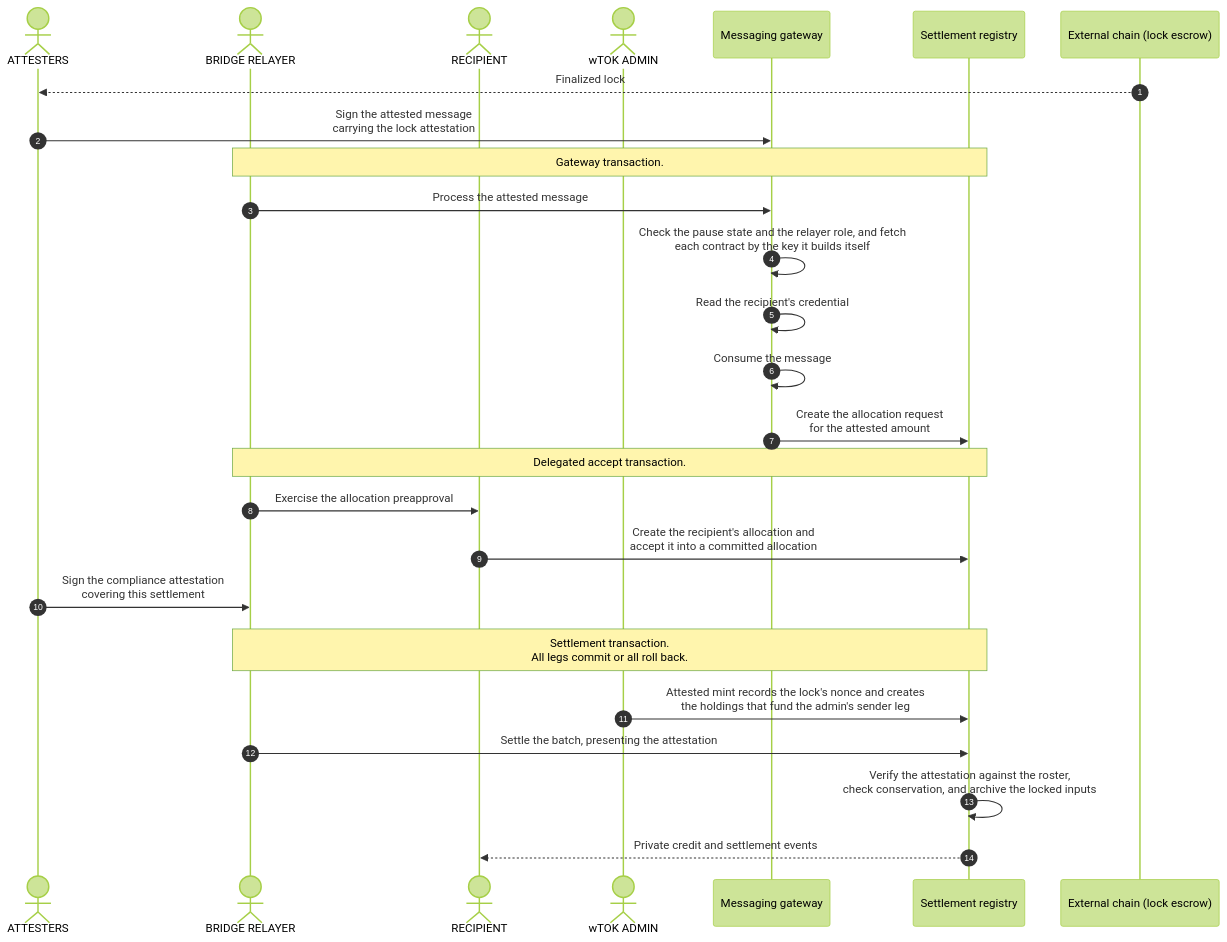
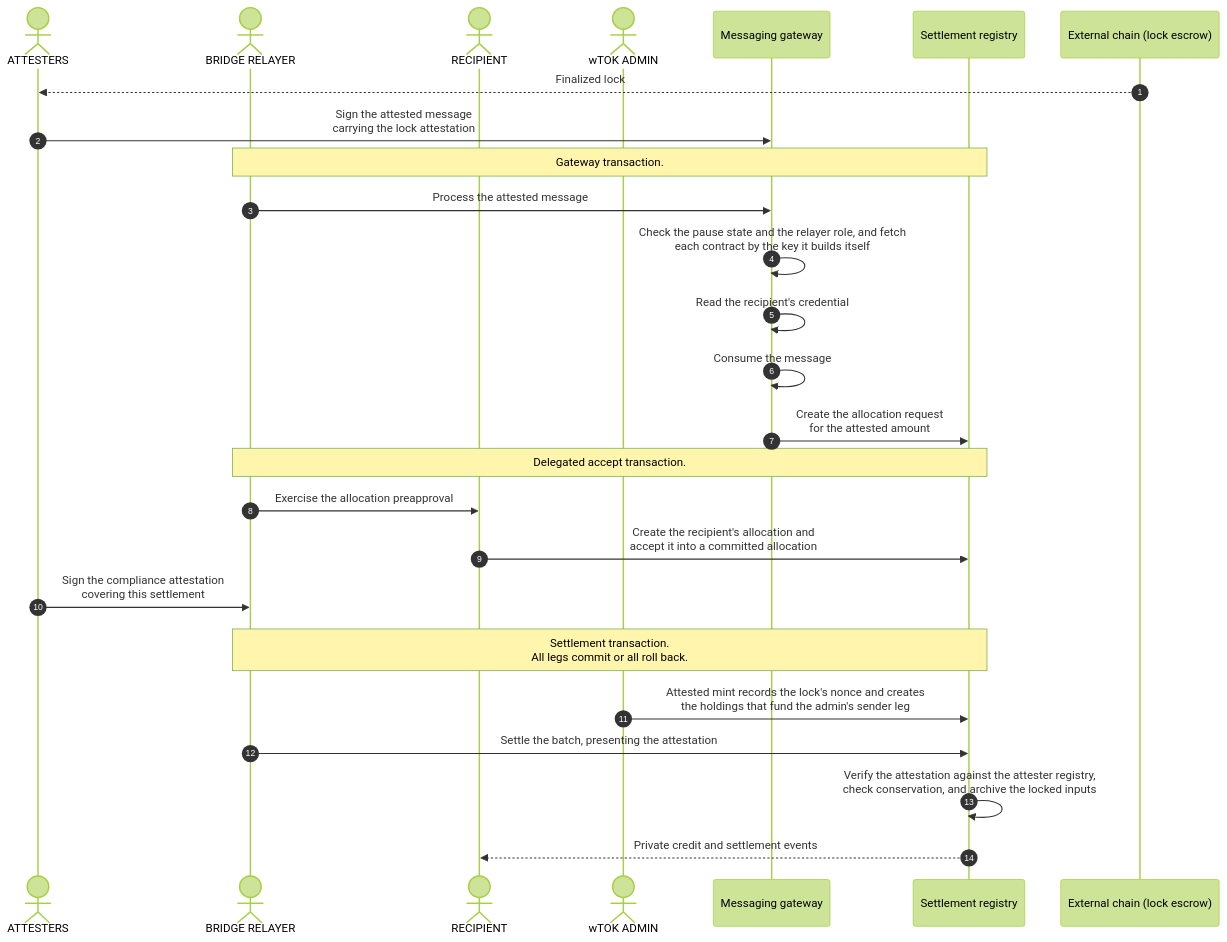
Before and after one commit to OpenZeppelin/canton-specs: the first of 4 diagrams in docs/reference-architectures/cross-chain-stablecoin.md, drawn with Mermaid (forest theme). The commit also changed other lines of this file, not shown here.

````diff
--- a/docs/reference-architectures/cross-chain-stablecoin.md
+++ b/docs/reference-architectures/cross-chain-stablecoin.md
@@ -300,31 +311,31 @@
 ```mermaid
 sequenceDiagram
     autonumber
     actor Attesters as ATTESTERS
     actor Relayer as BRIDGE RELAYER
     actor Recipient as RECIPIENT
     actor Admin as wTOK ADMIN
     participant App as Messaging gateway
     participant Registry as Settlement registry
     participant Chain as External chain (lock escrow)
 
     Chain-->>Attesters: Finalized lock
     Attesters->>App: Sign the attested message<br/>carrying the lock attestation
     Note over Relayer,Registry: Gateway transaction.
     Relayer->>App: Process the attested message
     App->>App: Check the pause state and the relayer role, and fetch<br/>each contract by the key it builds itself
     App->>App: Read the recipient's credential
     App->>App: Consume the message
     App->>Registry: Create the allocation request<br/>for the attested amount
     Note over Relayer,Registry: Delegated accept transaction.
     Relayer->>Recipient: Exercise the allocation preapproval
     Recipient->>Registry: Create the recipient's allocation and<br/>accept it into a committed allocation
     Attesters->>Relayer: Sign the compliance attestation<br/>covering this settlement
     rect rgba(255, 255, 255, .1)
         Note over Relayer,Registry: Settlement transaction.<br/>All legs commit or all roll back.
         Admin->>Registry: Attested mint records the lock's nonce and creates<br/>the holdings that fund the admin's sender leg
         Relayer->>Registry: Settle the batch, presenting the attestation
-        Registry->>Registry: Verify the attestation against the roster,<br/>check conservation, and archive the locked inputs
+        Registry->>Registry: Verify the attestation against the attester registry,<br/>check conservation, and archive the locked inputs
         Registry-->>Recipient: Private credit and settlement events
     end
 ```
````
